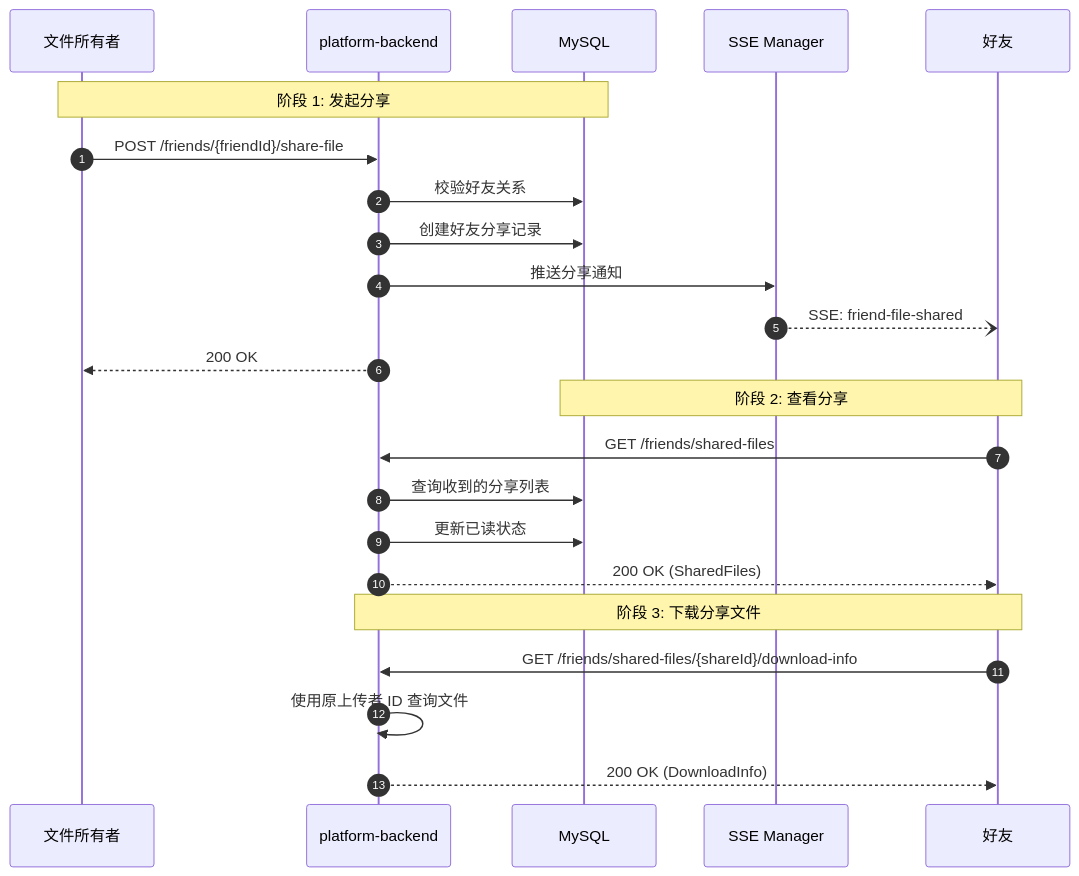
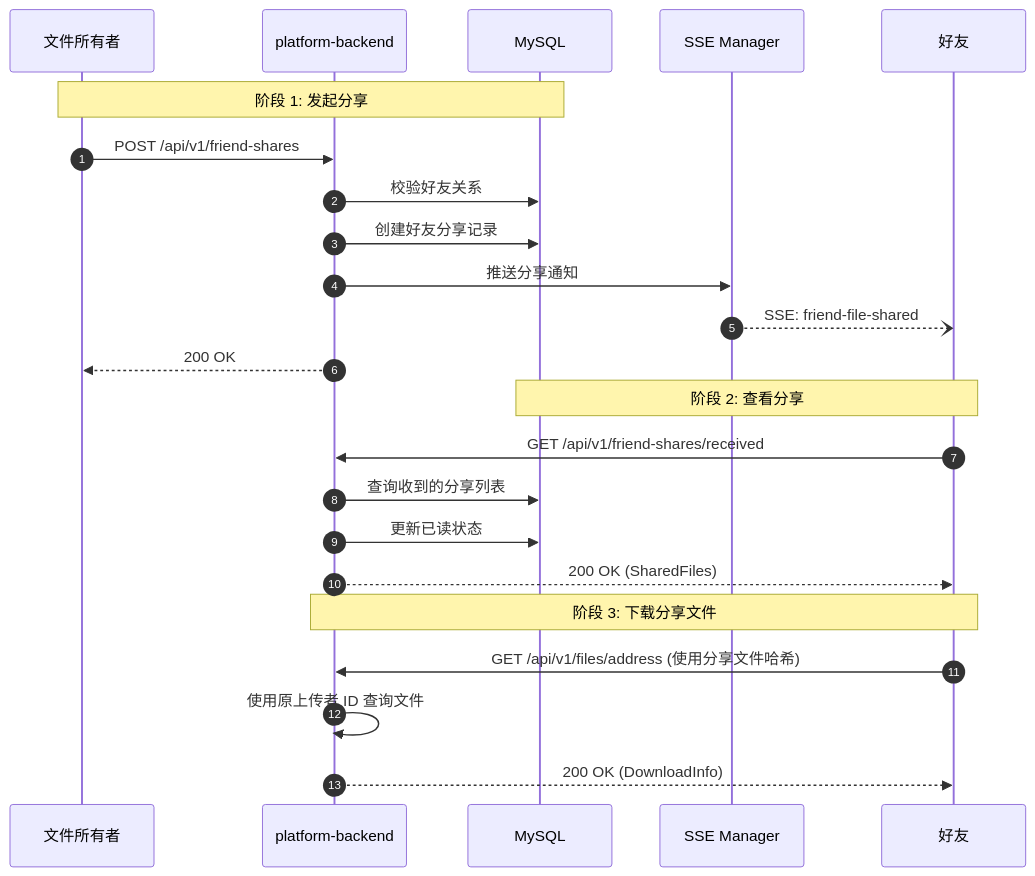
One commit to SoarCollab/RecordPlatform changed the fifth of 9 diagrams in docs/zh/architecture/system-overview.md. Above: the diagram before and after it, drawn with Mermaid. The commit also changed other lines of this file and 5 other files, not shown here.

Commit message:
docs: align API docs with backend controllers

````diff
--- a/docs/zh/architecture/system-overview.md
+++ b/docs/zh/architecture/system-overview.md
@@ -222,29 +226,29 @@
 ```mermaid
 sequenceDiagram
     autonumber
 
     participant Owner as 文件所有者
     participant Backend as platform-backend
     participant DB as MySQL
     participant SSE as SSE Manager
     participant Friend as 好友
 
     Note over Owner, DB: 阶段 1: 发起分享
-    Owner->>Backend: POST /friends/{friendId}/share-file
+    Owner->>Backend: POST /api/v1/friend-shares
     Backend->>DB: 校验好友关系
     Backend->>DB: 创建好友分享记录
     Backend->>SSE: 推送分享通知
     SSE--)Friend: SSE: friend-file-shared
     Backend-->>Owner: 200 OK
 
     Note over Friend, DB: 阶段 2: 查看分享
-    Friend->>Backend: GET /friends/shared-files
+    Friend->>Backend: GET /api/v1/friend-shares/received
     Backend->>DB: 查询收到的分享列表
     Backend->>DB: 更新已读状态
     Backend-->>Friend: 200 OK (SharedFiles)
 
     Note over Friend, Backend: 阶段 3: 下载分享文件
-    Friend->>Backend: GET /friends/shared-files/{shareId}/download-info
+    Friend->>Backend: GET /api/v1/files/address (使用分享文件哈希)
     Backend->>Backend: 使用原上传者 ID 查询文件
     Backend-->>Friend: 200 OK (DownloadInfo)
 ```
````
